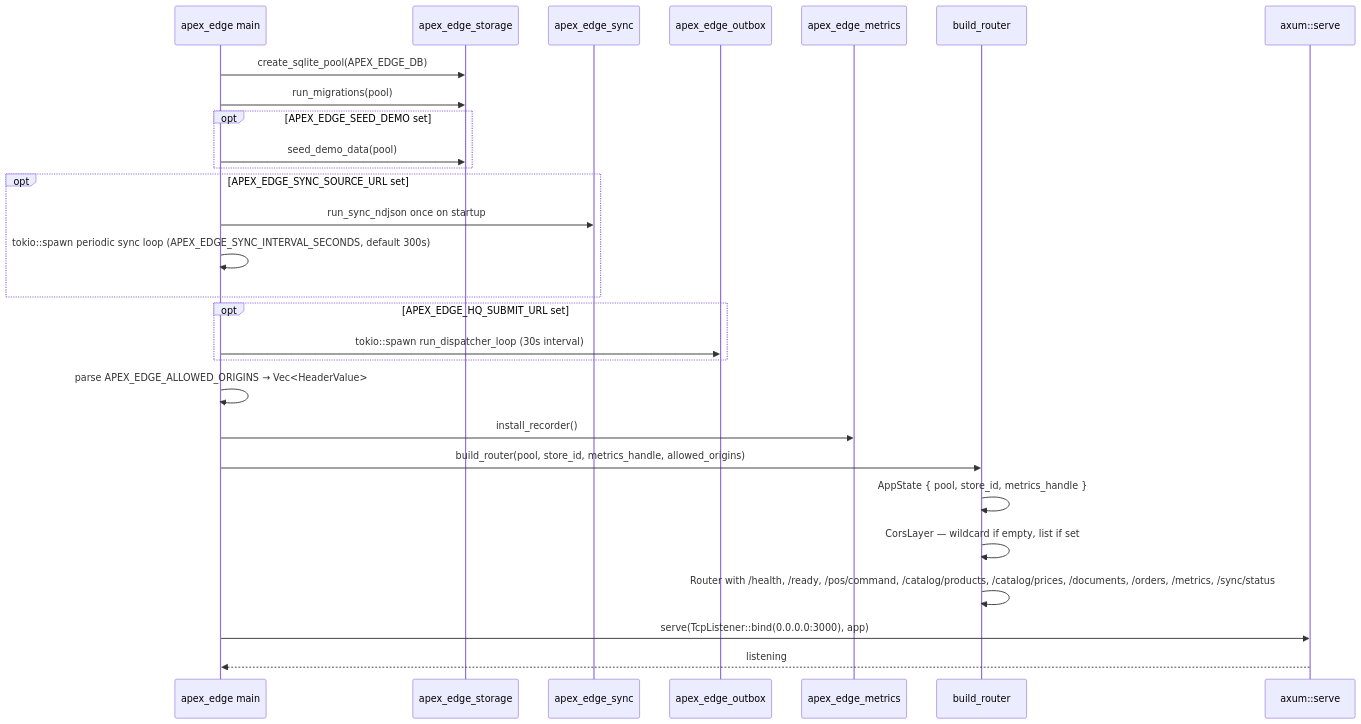
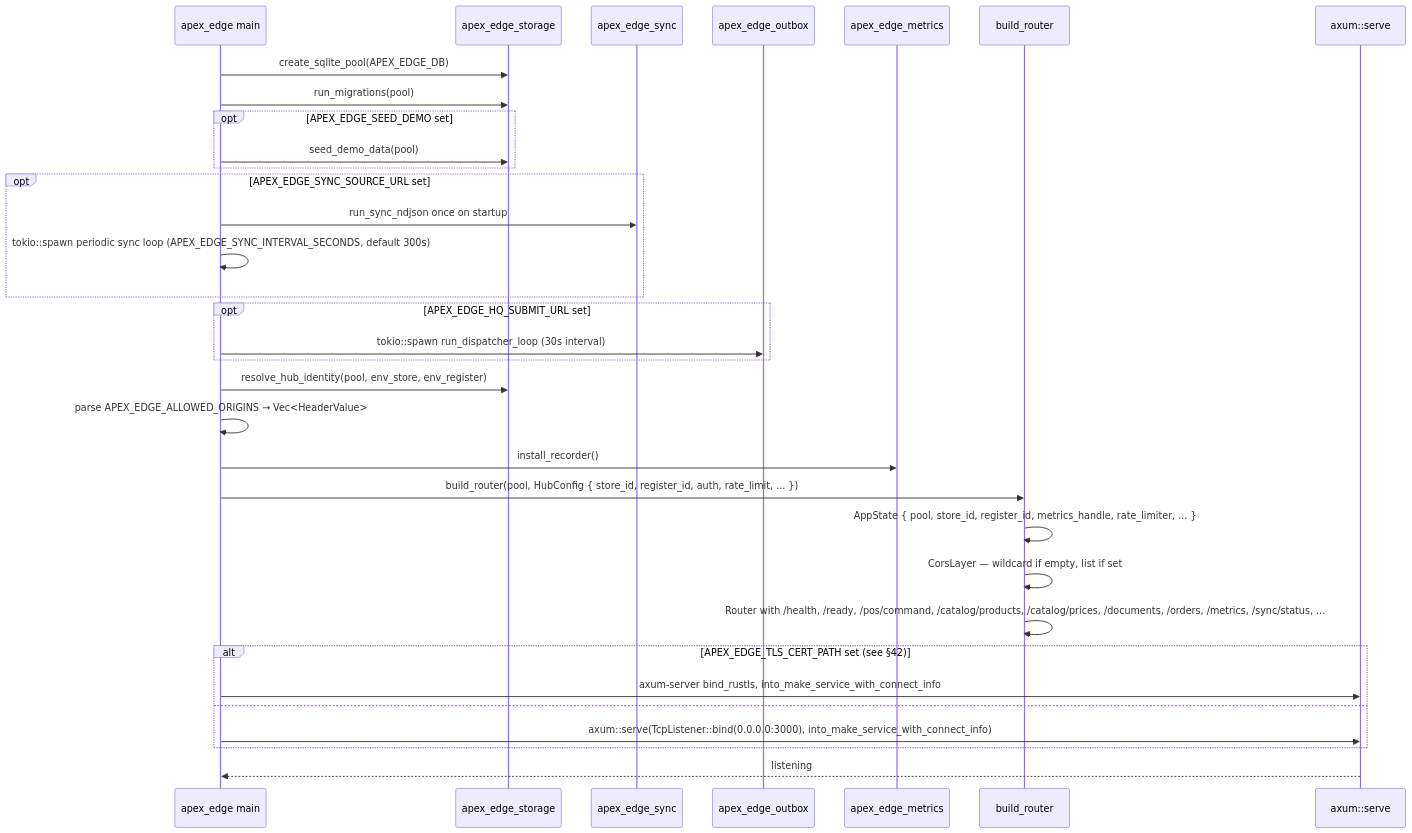
Before and after one commit to AncientiCe/apex-edge: the second of 42 diagrams in docs/architecture/README.md, drawn with Mermaid. The commit also changed other lines of this file and 139 other files, not shown here.

Commit message:
Finish ApexEdge v2.0.0 Prove It: TLS/mTLS, auth-on-by-default, hub identity, rate limiting, release workflow, and doc truth

````diff
--- a/docs/architecture/README.md
+++ b/docs/architecture/README.md
@@ -51,30 +51,35 @@
 ```mermaid
 sequenceDiagram
     participant Main as apex_edge main
     participant Storage as apex_edge_storage
     participant Sync as apex_edge_sync
     participant Outbox as apex_edge_outbox
     participant Metrics as apex_edge_metrics
     participant App as build_router
     participant Axum as axum::serve
     Main->>Storage: create_sqlite_pool(APEX_EDGE_DB)
     Main->>Storage: run_migrations(pool)
     opt APEX_EDGE_SEED_DEMO set
         Main->>Storage: seed_demo_data(pool)
     end
     opt APEX_EDGE_SYNC_SOURCE_URL set
         Main->>Sync: run_sync_ndjson once on startup
         Main->>Main: tokio::spawn periodic sync loop (APEX_EDGE_SYNC_INTERVAL_SECONDS, default 300s)
     end
     opt APEX_EDGE_HQ_SUBMIT_URL set
         Main->>Outbox: tokio::spawn run_dispatcher_loop (30s interval)
     end
+    Main->>Storage: resolve_hub_identity(pool, env_store, env_register)
     Main->>Main: parse APEX_EDGE_ALLOWED_ORIGINS → Vec<HeaderValue>
     Main->>Metrics: install_recorder()
-    Main->>App: build_router(pool, store_id, metrics_handle, allowed_origins)
-    App->>App: AppState { pool, store_id, metrics_handle }
+    Main->>App: build_router(pool, HubConfig { store_id, register_id, auth, rate_limit, ... })
+    App->>App: AppState { pool, store_id, register_id, metrics_handle, rate_limiter, ... }
     App->>App: CorsLayer — wildcard if empty, list if set
-    App->>App: Router with /health, /ready, /pos/command, /catalog/products, /catalog/prices, /documents, /orders, /metrics, /sync/status
-    Main->>Axum: serve(TcpListener::bind(0.0.0.0:3000), app)
+    App->>App: Router with /health, /ready, /pos/command, /catalog/products, /catalog/prices, /documents, /orders, /metrics, /sync/status, ...
+    alt APEX_EDGE_TLS_CERT_PATH set (see §42)
+        Main->>Axum: axum-server bind_rustls, into_make_service_with_connect_info
+    else
+        Main->>Axum: axum::serve(TcpListener::bind(0.0.0.0:3000), into_make_service_with_connect_info)
+    end
     Axum-->>Main: listening
 ```
````
